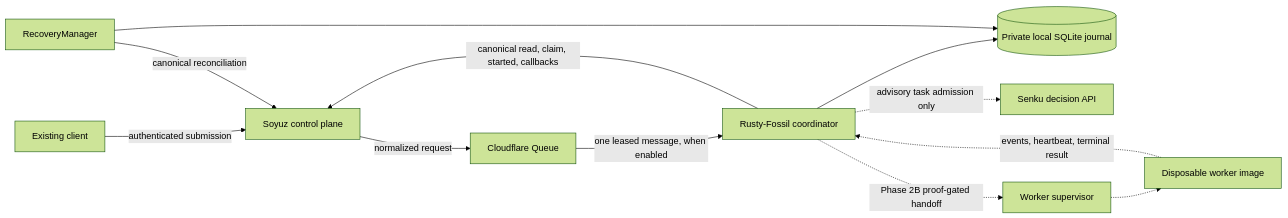
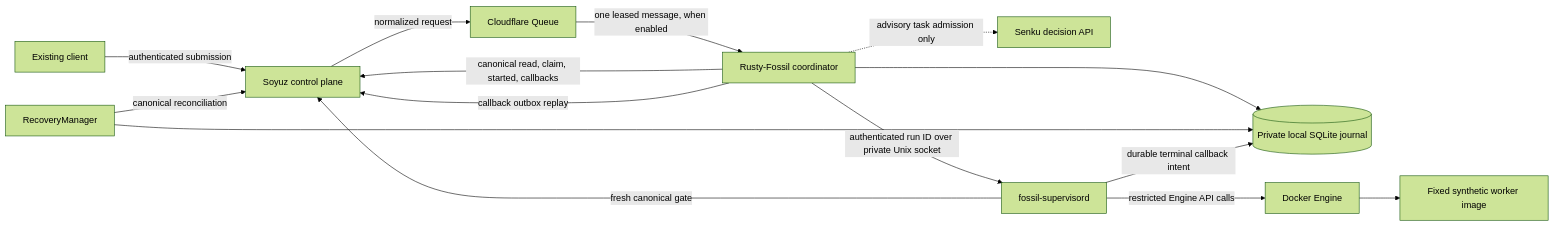
The first of 5 diagrams in docs/ARCHITECTURE.md (CyanAutomation/rusty-fossil), drawn with Mermaid (forest theme) before and after one commit. The commit also changed other lines of this file and 35 other files, not shown here.

Commit message:
feat: implement proof-gated Docker supervisor

````diff
--- a/docs/ARCHITECTURE.md
+++ b/docs/ARCHITECTURE.md
@@ -9,14 +9,17 @@
 ```mermaid
 flowchart LR
     Client[Existing client] -->|authenticated submission| Soyuz[Soyuz control plane]
     Soyuz -->|normalized request| Queue[Cloudflare Queue]
     Queue -->|one leased message, when enabled| Coordinator[Rusty-Fossil coordinator]
     Coordinator -->|canonical read, claim, started, callbacks| Soyuz
     Coordinator --> SQLite[(Private local SQLite journal)]
     Coordinator -.->|advisory task admission only| Senku[Senku decision API]
     Recovery[RecoveryManager] -->|canonical reconciliation| Soyuz
     Recovery --> SQLite
-    Coordinator -.->|Phase 2B proof-gated handoff| Supervisor[Worker supervisor]
-    Supervisor -.-> Worker[Disposable worker image]
-    Worker -.->|events, heartbeat, terminal result| Coordinator
+    Coordinator -->|authenticated run ID over private Unix socket| Supervisor[fossil-supervisord]
+    Supervisor -->|restricted Engine API calls| Docker[Docker Engine]
+    Docker --> Worker[Fixed synthetic worker image]
+    Supervisor -->|fresh canonical gate| Soyuz
+    Supervisor -->|durable terminal callback intent| SQLite
+    Coordinator -->|callback outbox replay| Soyuz
 ```
````
